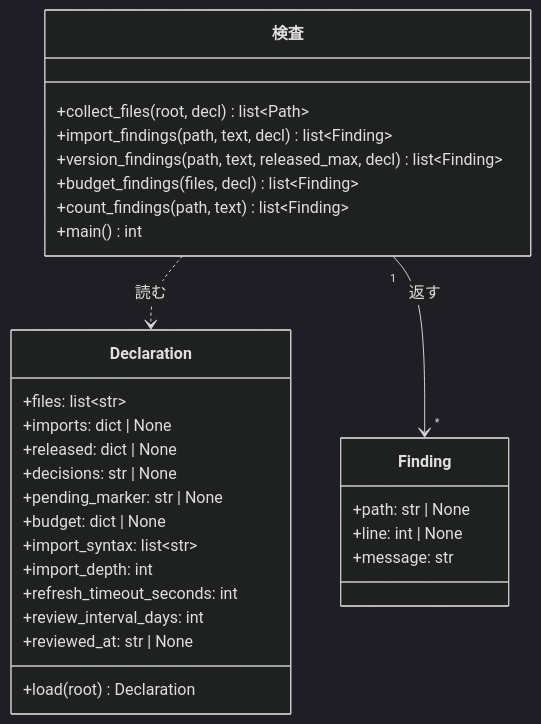
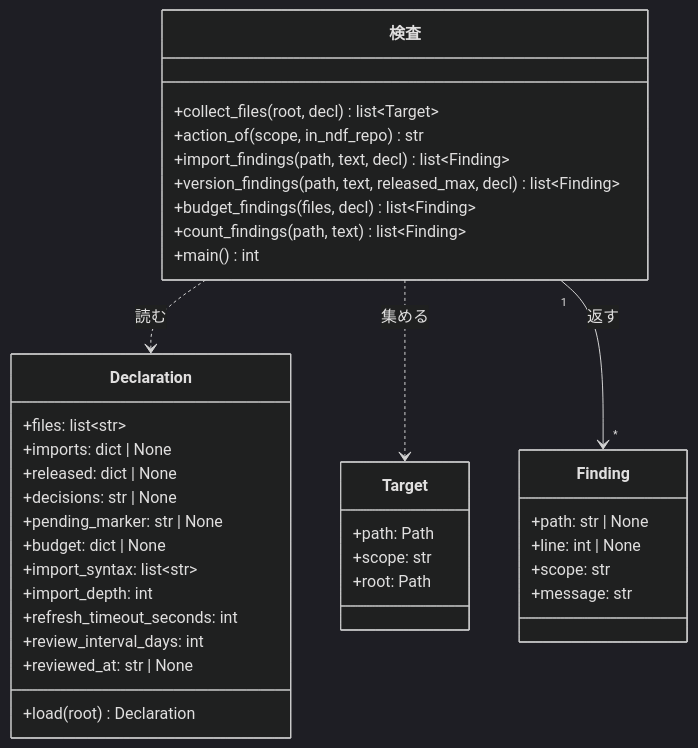
One commit to devbasex/ai-plugins changed the second of 2 diagrams in issues/issue-554-design-criteria.md. Above: the diagram before and after it, drawn with Mermaid (dark theme). The commit also changed other lines of this file and 4 other files, not shown here.

````diff
--- a/issues/issue-554-design-criteria.md
+++ b/issues/issue-554-design-criteria.md
@@ -246,32 +246,40 @@
 ```mermaid
 classDiagram
     class Finding {
         +path: str | None
         +line: int | None
+        +scope: str
         +message: str
     }
     class Declaration {
         +files: list~str~
         +imports: dict | None
         +released: dict | None
         +decisions: str | None
         +pending_marker: str | None
         +budget: dict | None
         +import_syntax: list~str~
         +import_depth: int
         +refresh_timeout_seconds: int
         +review_interval_days: int
         +reviewed_at: str | None
         +load(root) Declaration
     }
     class 検査 {
-        +collect_files(root, decl) list~Path~
+        +collect_files(root, decl) list~Target~
+        +action_of(scope, in_ndf_repo) str
         +import_findings(path, text, decl) list~Finding~
         +version_findings(path, text, released_max, decl) list~Finding~
         +budget_findings(files, decl) list~Finding~
         +count_findings(path, text) list~Finding~
         +main() int
     }
+    class Target {
+        +path: Path
+        +scope: str
+        +root: Path
+    }
     検査 ..> Declaration: 読む
+    検査 ..> Target: 集める
     検査 "1" --> "*" Finding: 返す
 ```
````
